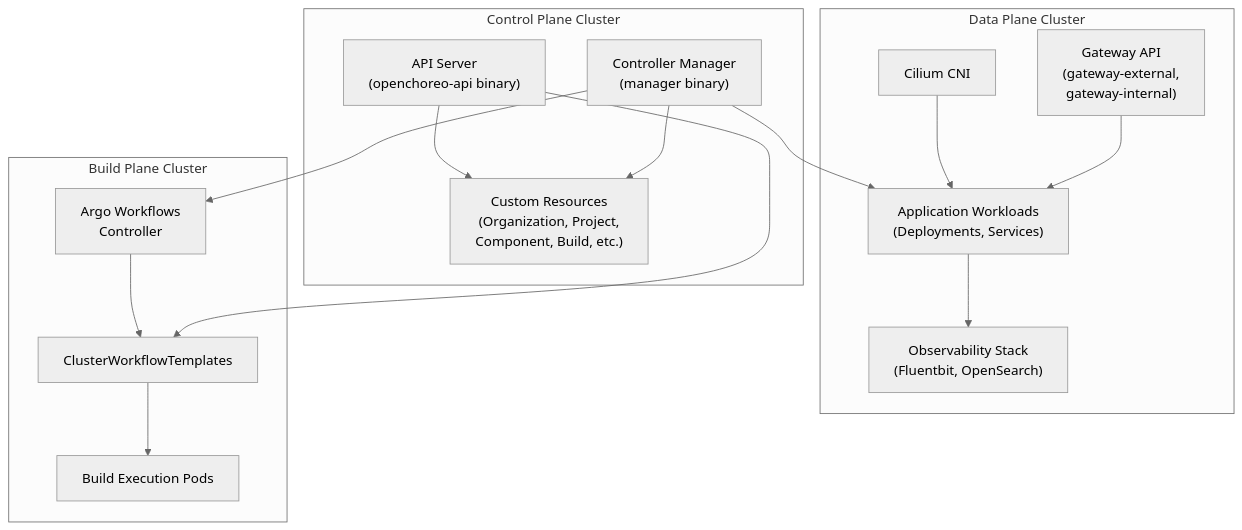
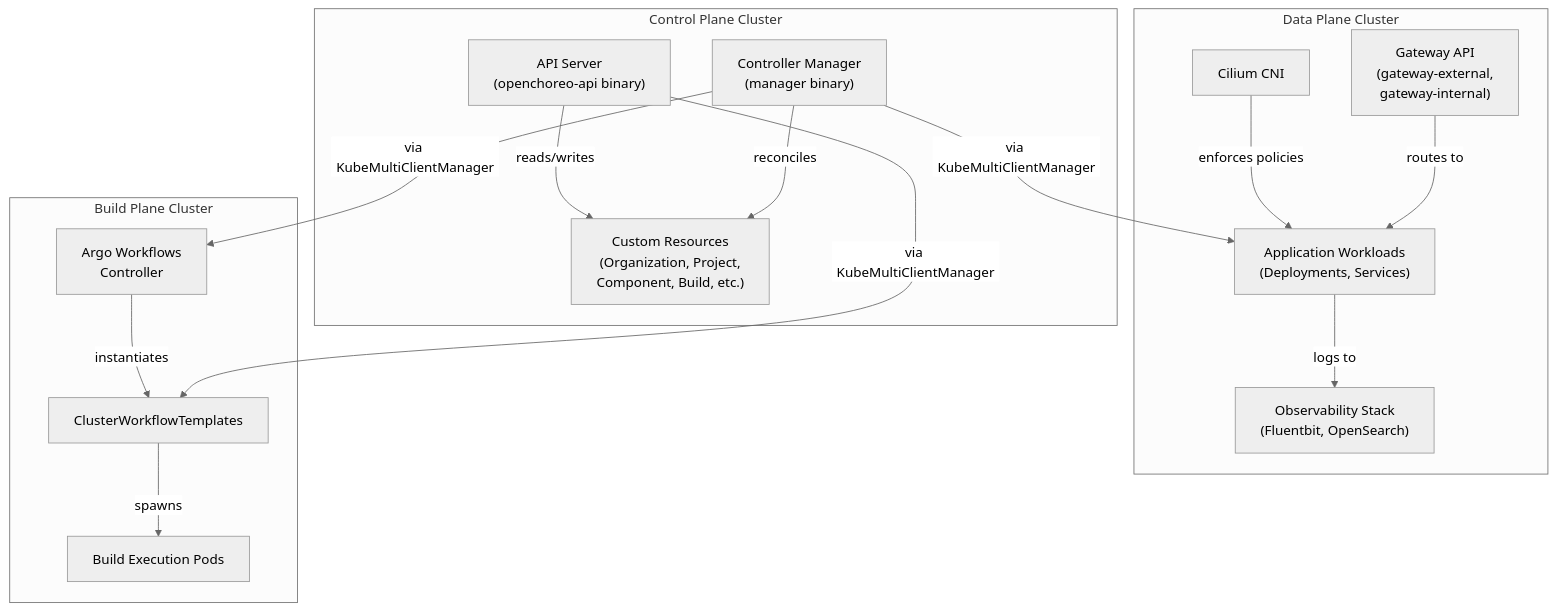
The first of 6 diagrams in docs/deepwiki/Multi-Cluster-Architecture.md (openchoreo/openchoreo), drawn with Mermaid (neutral theme) before and after one commit. The commit also changed other lines of this file and 85 other files, not shown here.

Commit message:
feat: Add new workflow and specification templates, update Helm chart dependencies, and clarify documentation diagrams.

````diff
--- a/docs/deepwiki/Multi-Cluster-Architecture.md
+++ b/docs/deepwiki/Multi-Cluster-Architecture.md
@@ -64,44 +64,44 @@
 ```mermaid
 flowchart TD
 
 CM["Controller Manager<br>(manager binary)"]
 API["API Server<br>(openchoreo-api binary)"]
 CRDs["Custom Resources<br>(Organization, Project,<br>Component, Build, etc.)"]
 ArgoCtrl["Argo Workflows<br>Controller"]
 Templates["ClusterWorkflowTemplates"]
 BuildPods["Build Execution Pods"]
 Cilium["Cilium CNI"]
 GWs["Gateway API<br>(gateway-external,<br>gateway-internal)"]
 Apps["Application Workloads<br>(Deployments, Services)"]
 Obs["Observability Stack<br>(Fluentbit, OpenSearch)"]
 
-CM --> ArgoCtrl
-CM --> Apps
-API --> Templates
+CM -->|"via KubeMultiClientManager"| ArgoCtrl
+CM -->|"via KubeMultiClientManager"| Apps
+API -->|"via KubeMultiClientManager"| Templates
 
 subgraph DP ["Data Plane Cluster"]
     Cilium
     GWs
     Apps
     Obs
-    GWs --> Apps
-    Cilium --> Apps
-    Apps --> Obs
+    GWs -->|"routes to"| Apps
+    Cilium -->|"enforces policies"| Apps
+    Apps -->|"logs to"| Obs
 end
 
 subgraph BP ["Build Plane Cluster"]
     ArgoCtrl
     Templates
     BuildPods
-    ArgoCtrl --> Templates
-    Templates --> BuildPods
+    ArgoCtrl -->|"instantiates"| Templates
+    Templates -->|"spawns"| BuildPods
 end
 
 subgraph CP ["Control Plane Cluster"]
     CM
     API
     CRDs
-    CM --> CRDs
-    API --> CRDs
+    CM -->|"reconciles"| CRDs
+    API -->|"reads/writes"| CRDs
 end
 ```
````
